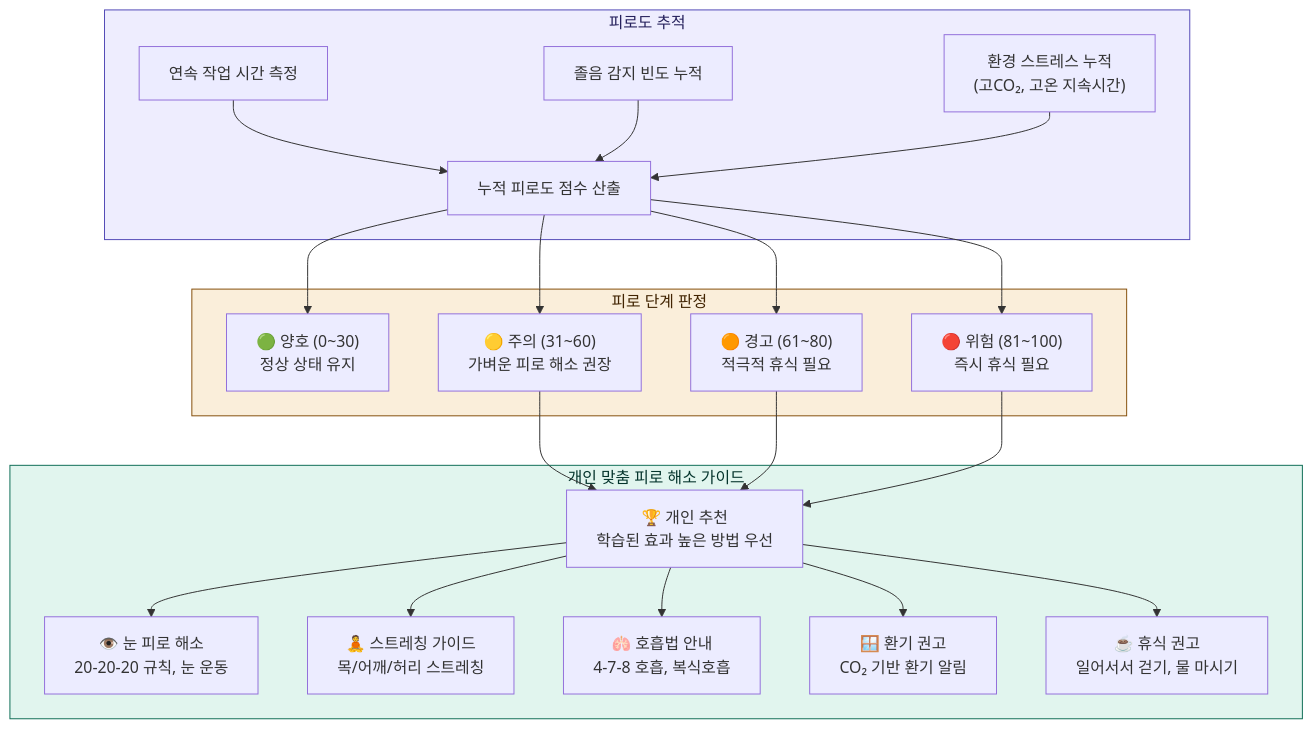
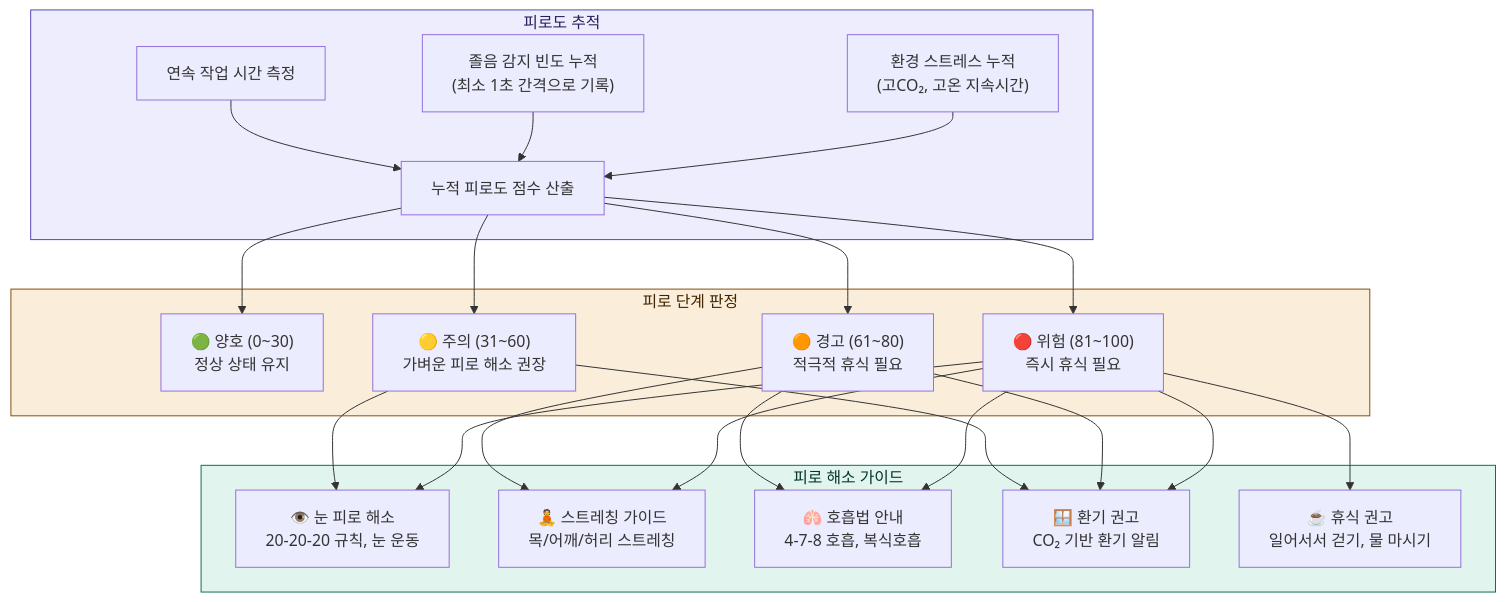
One commit to pgh165/capstone changed the sixth of 11 diagrams in project.md. Above: the diagram before and after it, drawn with Mermaid. The commit also changed other lines of this file and 13 other files, not shown here.

````diff
--- a/project.md
+++ b/project.md
@@ -554,46 +398,47 @@
 ```mermaid
 flowchart TD
     subgraph TRACK["피로도 추적"]
         T1["연속 작업 시간 측정"]
-        T2["졸음 감지 빈도 누적"]
+        T2["졸음 감지 빈도 누적<br/>(최소 1초 간격으로 기록)"]
         T3["환경 스트레스 누적<br/>(고CO₂, 고온 지속시간)"]
         T4["누적 피로도 점수 산출"]
         T1 --> T4
         T2 --> T4
         T3 --> T4
     end
 
     subgraph LEVEL["피로 단계 판정"]
         L1["🟢 양호 (0~30)<br/>정상 상태 유지"]
         L2["🟡 주의 (31~60)<br/>가벼운 피로 해소 권장"]
         L3["🟠 경고 (61~80)<br/>적극적 휴식 필요"]
         L4["🔴 위험 (81~100)<br/>즉시 휴식 필요"]
     end
 
-    subgraph GUIDE["개인 맞춤 피로 해소 가이드"]
+    subgraph GUIDE["피로 해소 가이드"]
         G1["👁️ 눈 피로 해소<br/>20-20-20 규칙, 눈 운동"]
         G2["🧘 스트레칭 가이드<br/>목/어깨/허리 스트레칭"]
         G3["🫁 호흡법 안내<br/>4-7-8 호흡, 복식호흡"]
         G4["🪟 환기 권고<br/>CO₂ 기반 환기 알림"]
         G5["☕ 휴식 권고<br/>일어서서 걷기, 물 마시기"]
-        G6["🏆 개인 추천<br/>학습된 효과 높은 방법 우선"]
     end
 
     T4 --> L1
     T4 --> L2
     T4 --> L3
     T4 --> L4
 
-    L2 --> G6
-    L3 --> G6
-    L4 --> G6
-    G6 --> G1
-    G6 --> G2
-    G6 --> G3
-    G6 --> G4
-    G6 --> G5
+    L2 --> G1
+    L2 --> G4
+    L3 --> G2
+    L3 --> G3
+    L3 --> G4
+    L4 --> G5
+    L4 --> G2
+    L4 --> G3
+    L4 --> G4
+    L4 --> G1
 
     style TRACK fill:#EEEDFE,stroke:#534AB7,color:#26215C
     style LEVEL fill:#FAEEDA,stroke:#854F0B,color:#412402
     style GUIDE fill:#E1F5EE,stroke:#0F6E56,color:#04342C
 ```
````
